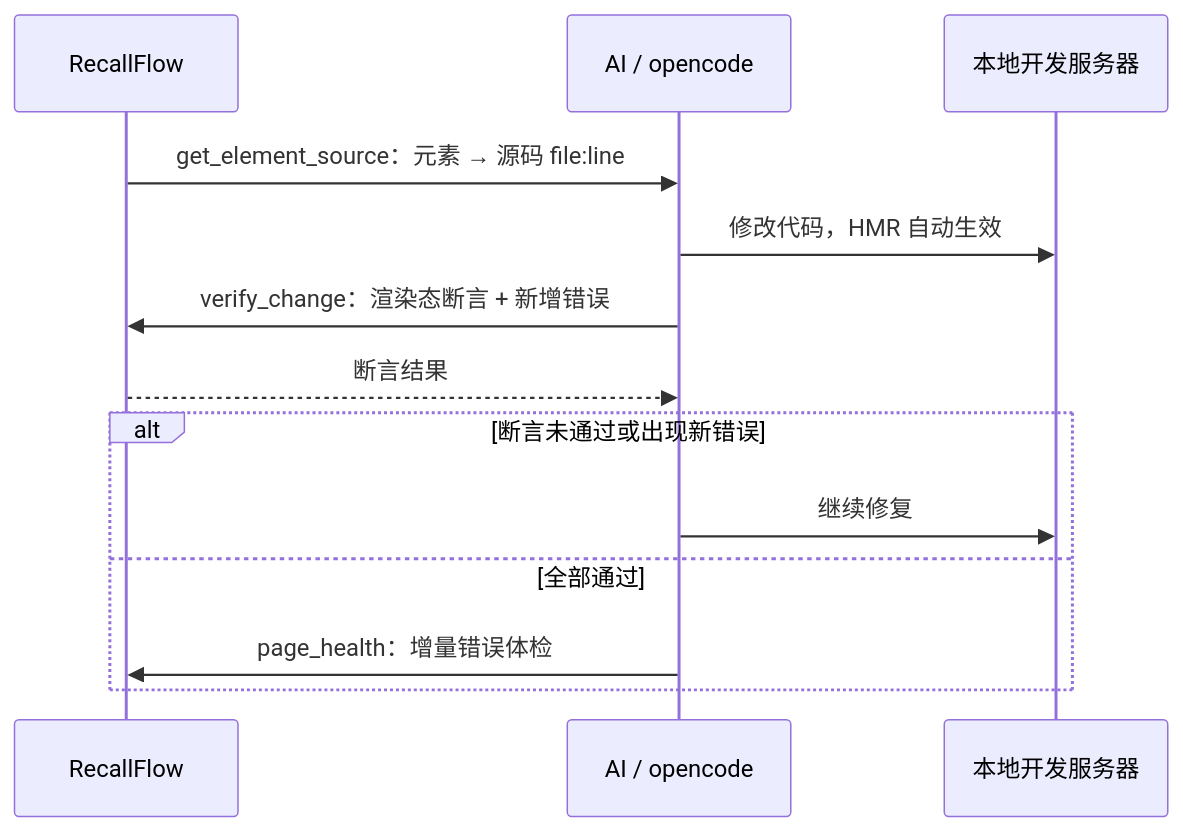
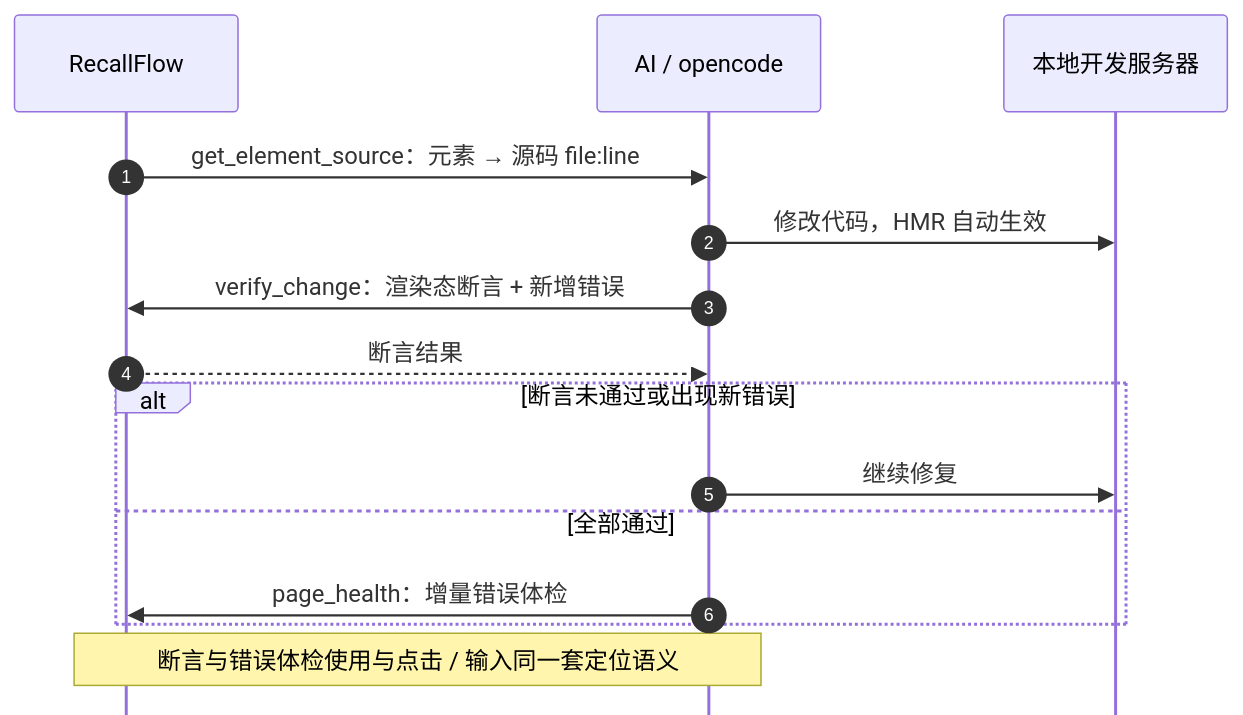
The second of 5 diagrams in README.md (marioyyds/RecallFlow), drawn with Mermaid before and after one commit. The commit also changed other lines of this file and 1 other file, not shown here.

First line of the commit message:
docs(readme): mermaid 图升级为带分组、编号与批注的样式

````diff
--- a/README.md
+++ b/README.md
@@ -70,15 +83,18 @@
 ```mermaid
+%%{init: {"sequence":{"mirrorActors":false,"actorMargin":70,"messageMargin":28,"boxMargin":6,"noteMargin":8},"themeVariables":{"fontSize":"14px"}}}%%
 sequenceDiagram
+    autonumber
     participant RF as RecallFlow
     participant AI as AI / opencode
     participant Dev as 本地开发服务器
     RF->>AI: get_element_source：元素 → 源码 file:line
     AI->>Dev: 修改代码，HMR 自动生效
     AI->>RF: verify_change：渲染态断言 + 新增错误
     RF-->>AI: 断言结果
     alt 断言未通过或出现新错误
         AI->>Dev: 继续修复
     else 全部通过
         AI->>RF: page_health：增量错误体检
     end
+    Note over RF,AI: 断言与错误体检使用与点击 / 输入同一套定位语义
 ```
````
